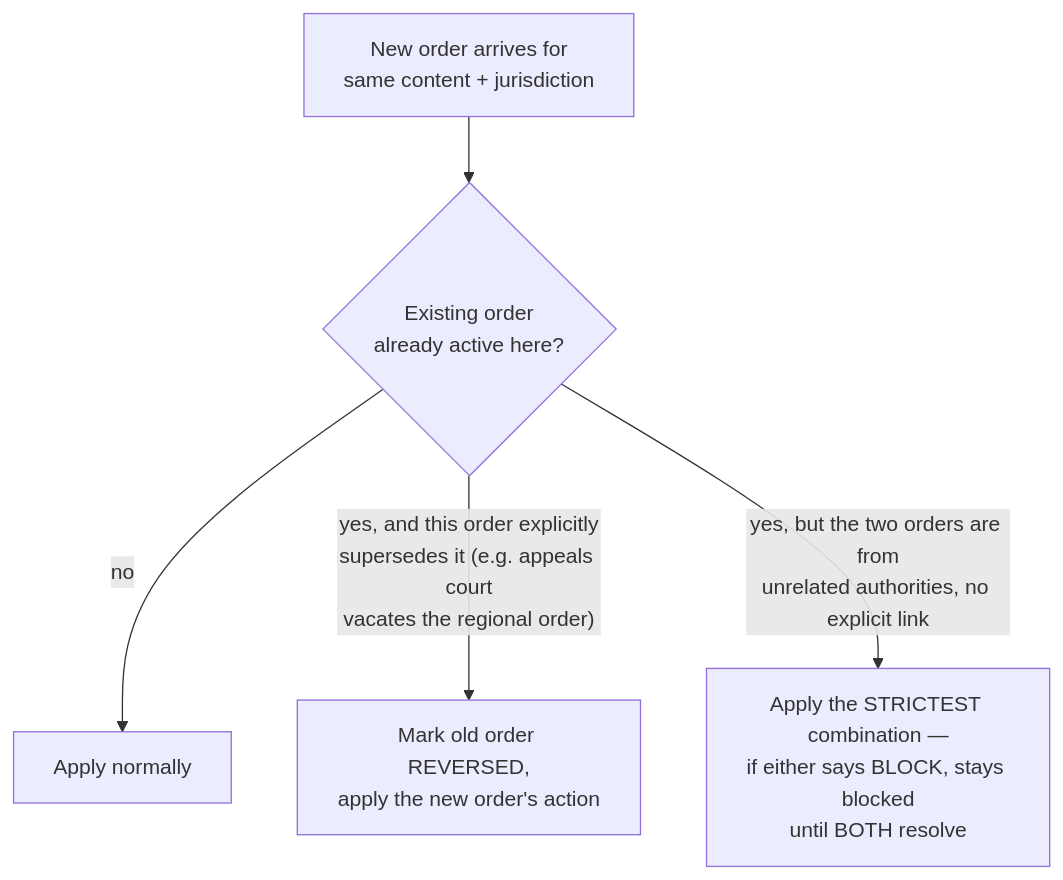
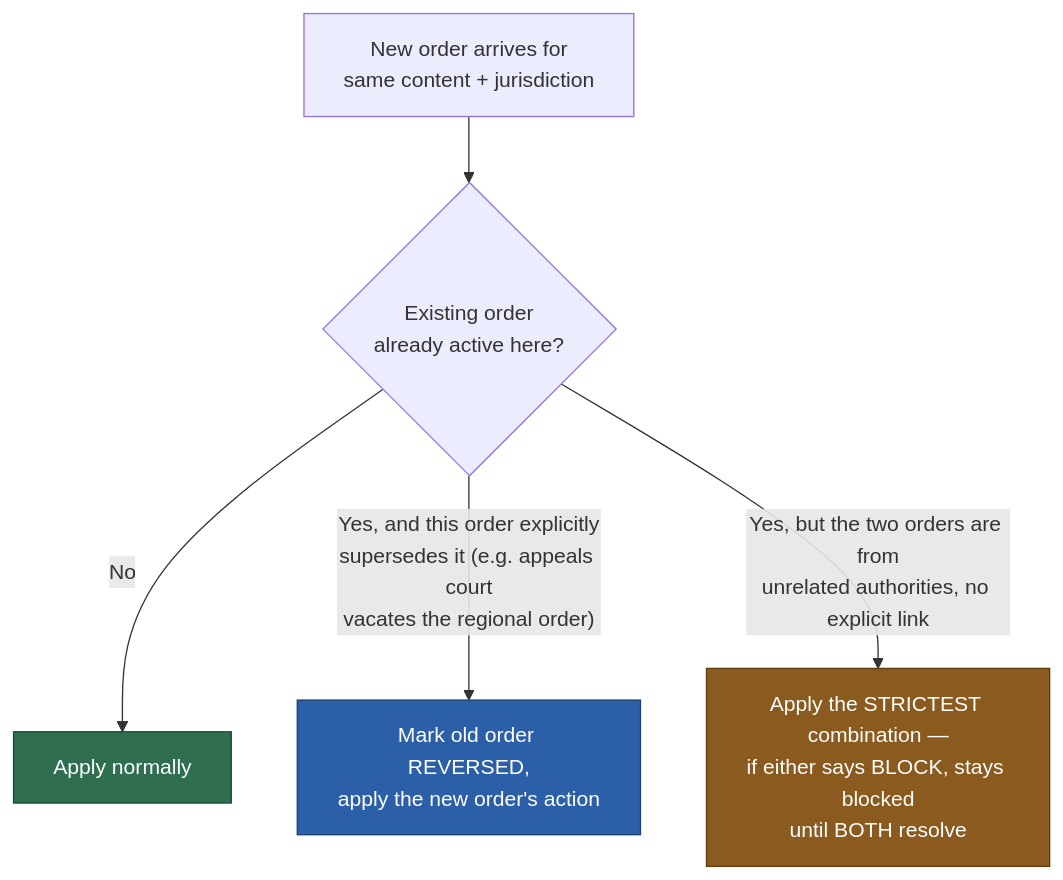
One commit to riyaz-pasha/Learnings changed the eighth of 13 diagrams in system-design/HLD/0-course/48-Legal-Takedown-Propagation-System-FAANG-Guide-story.md. Above: the diagram before and after it, drawn with Mermaid. The commit also changed other lines of this file and 1 other file, not shown here.

Commit message:
[REWRITE] Legal Takedown Propagation story guide: simplify prose, add structure, fix diagrams

````diff
--- a/system-design/HLD/0-course/48-Legal-Takedown-Propagation-System-FAANG-Guide-story.md
+++ b/system-design/HLD/0-course/48-Legal-Takedown-Propagation-System-FAANG-Guide-story.md
@@ -192,7 +379,14 @@
 ```mermaid
 flowchart TD
-    A["New order arrives for\nsame content + jurisdiction"] --> B{"Existing order\nalready active here?"}
-    B -->|"no"| C["Apply normally"]
-    B -->|"yes, and this order explicitly\nsupersedes it (e.g. appeals court\nvacates the regional order)"| D["Mark old order REVERSED,\napply the new order's action"]
-    B -->|"yes, but the two orders are from\nunrelated authorities, no explicit link"| E["Apply the STRICTEST combination —\nif either says BLOCK, stays blocked\nuntil BOTH resolve"]
+    A["New order arrives for<br/>same content + jurisdiction"] --> B{"Existing order<br/>already active here?"}
+    B -->|"No"| C["Apply normally"]
+    B -->|"Yes, and this order explicitly<br/>supersedes it (e.g. appeals court<br/>vacates the regional order)"| D["Mark old order REVERSED,<br/>apply the new order's action"]
+    B -->|"Yes, but the two orders are from<br/>unrelated authorities, no explicit link"| E["Apply the STRICTEST combination —<br/>if either says BLOCK, stays blocked<br/>until BOTH resolve"]
+
+    classDef normal fill:#2f6f4f,stroke:#1c4a33,color:#ffffff
+    classDef supersede fill:#2b5fa8,stroke:#1c3f70,color:#ffffff
+    classDef strict fill:#8a5a1f,stroke:#5e3d13,color:#ffffff
+    class C normal
+    class D supersede
+    class E strict
 ```
````
